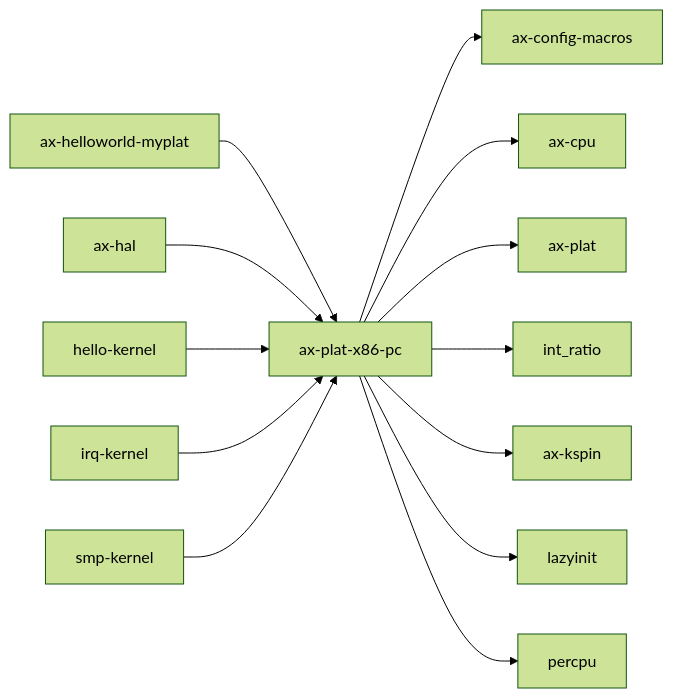
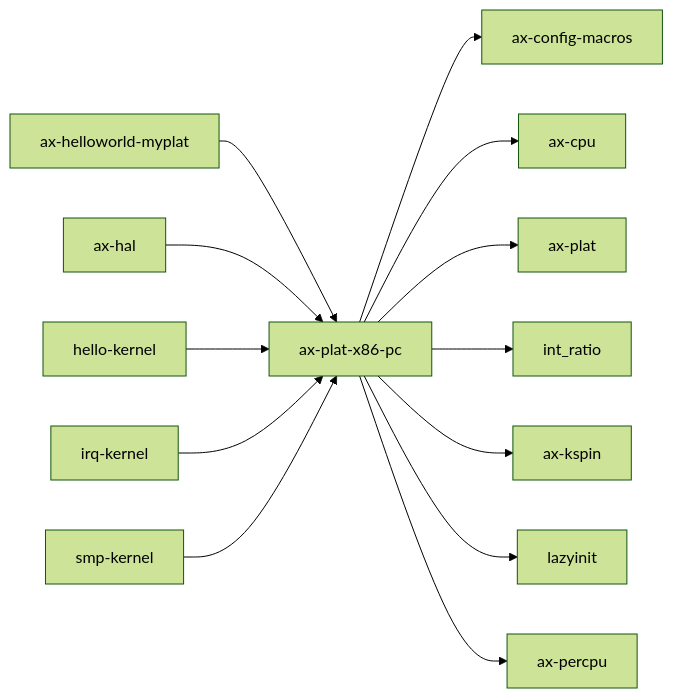
One commit to zKurisu/tgoskits changed the third of 3 diagrams in docs/crates/ax-plat-x86-pc.md. Above: the diagram before and after it, drawn with Mermaid (forest theme). The commit also changed other lines of this file and 71 other files, not shown here.

````diff
--- a/docs/crates/ax-plat-x86-pc.md
+++ b/docs/crates/ax-plat-x86-pc.md
@@ -238,16 +238,16 @@
 ```mermaid
 graph LR
     current["ax-plat-x86-pc"]
     current --> axconfig_macros["ax-config-macros"]
     current --> ax-cpu["ax-cpu"]
     current --> axplat["ax-plat"]
     current --> int_ratio["int_ratio"]
     current --> ax_kspin["ax-kspin"]
     current --> lazyinit["lazyinit"]
-    current --> percpu["percpu"]
+    current --> ax-percpu["ax-percpu"]
     arceos_helloworld_myplat["ax-helloworld-myplat"] --> current
     ax-hal["ax-hal"] --> current
     hello_kernel["hello-kernel"] --> current
     irq_kernel["irq-kernel"] --> current
     smp_kernel["smp-kernel"] --> current
 ```
````
